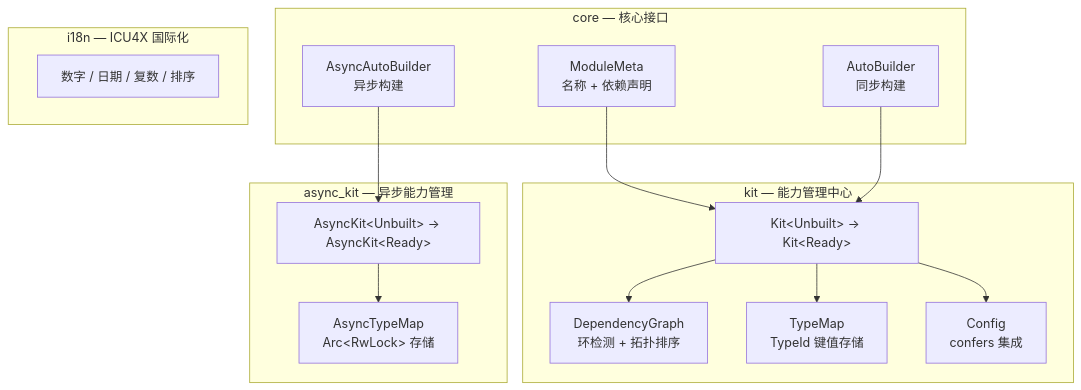
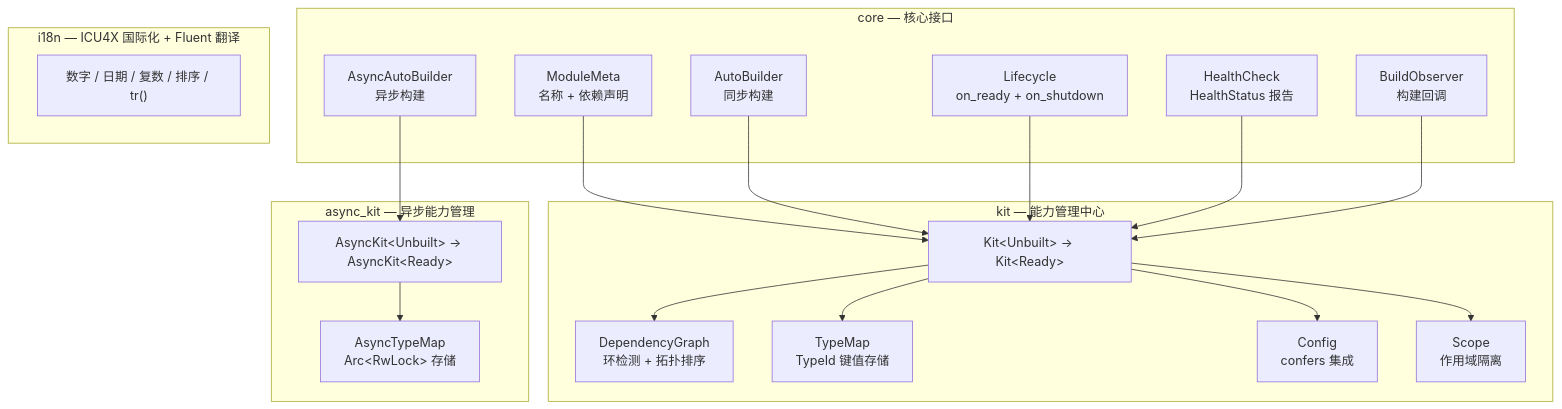
One commit to Kirky-X/trait-kit changed the first of 2 diagrams in README.md. Above: the diagram before and after it, drawn with Mermaid. The commit also changed other lines of this file and 5 other files, not shown here.

````diff
--- a/README.md
+++ b/README.md
@@ -111,32 +341,40 @@
 ```mermaid
 graph TB
     subgraph core["core — 核心接口"]
         MM[ModuleMeta<br/>名称 + 依赖声明]
         AB[AutoBuilder<br/>同步构建]
         AAB[AsyncAutoBuilder<br/>异步构建]
+        LC[Lifecycle<br/>on_ready + on_shutdown]
+        HC[HealthCheck<br/>HealthStatus 报告]
+        OBS[BuildObserver<br/>构建回调]
     end
 
     subgraph kit["kit — 能力管理中心"]
         K[Kit&lt;Unbuilt&gt; → Kit&lt;Ready&gt;]
         DG[DependencyGraph<br/>环检测 + 拓扑排序]
         TM[TypeMap<br/>TypeId 键值存储]
         CFG[Config<br/>confers 集成]
+        SC[Scope<br/>作用域隔离]
     end
 
     subgraph async_kit["async_kit — 异步能力管理"]
         AK[AsyncKit&lt;Unbuilt&gt; → AsyncKit&lt;Ready&gt;]
         ATM[AsyncTypeMap<br/>Arc&lt;RwLock&gt; 存储]
     end
 
-    subgraph i18n_mod["i18n — ICU4X 国际化"]
-        I18N[数字 / 日期 / 复数 / 排序]
+    subgraph i18n_mod["i18n — ICU4X 国际化 + Fluent 翻译"]
+        I18N["数字 / 日期 / 复数 / 排序 / tr()"]
     end
 
     MM --> K
     AB --> K
     AAB --> AK
+    LC --> K
+    HC --> K
+    OBS --> K
     K --> DG
     K --> TM
     K --> CFG
+    K --> SC
     AK --> ATM
 ```
````
